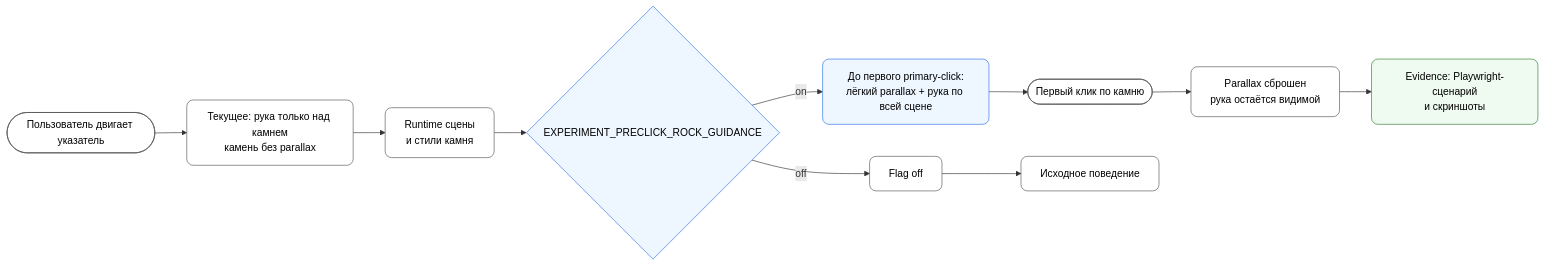
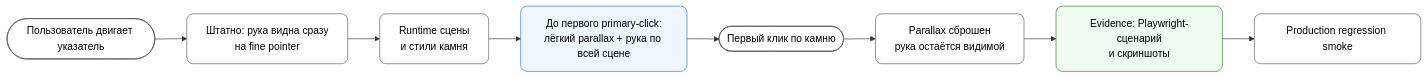
The diagram in .docs/hotfixes/hotfix_2026-08-06_10-59_preclick-rock-guidance/visualization/preclick-rock-guidance.mmd (EvaDugina/Sisyphus-The-Czar), drawn with Mermaid before and after one commit. The commit also changed 30 other files, not shown here.

```diff
--- a/.docs/hotfixes/hotfix_2026-08-06_10-59_preclick-rock-guidance/visualization/preclick-rock-guidance.mmd
+++ b/.docs/hotfixes/hotfix_2026-08-06_10-59_preclick-rock-guidance/visualization/preclick-rock-guidance.mmd
@@ -1,22 +1,18 @@
 flowchart LR
   u(["Пользователь двигает указатель"])
-  c["Текущее: рука только над камнем<br/>камень без parallax"]
+  c["Штатно: рука видна сразу<br/>на fine pointer"]
   m["Runtime сцены<br/>и стили камня"]
-  f{"EXPERIMENT_PRECLICK_ROCK_GUIDANCE"}
   p["До первого primary-click:<br/>лёгкий parallax + рука по всей сцене"]
   k(["Первый клик по камню"])
   s["Parallax сброшен<br/>рука остаётся видимой"]
   e["Evidence: Playwright-сценарий<br/>и скриншоты"]
-  b["Flag off"]
-  r["Исходное поведение"]
+  r["Production regression smoke"]
 
-  u --> c --> m --> f
-  f -->|on| p --> k --> s --> e
-  f -->|off| b --> r
+  u --> c --> m --> p --> k --> s --> e --> r
 
   classDef card fill:#ffffff,stroke:#555555,color:#000000,rx:10,ry:10;
   classDef accent fill:#eef6ff,stroke:#2f6feb,color:#000000,rx:10,ry:10;
   classDef evidence fill:#effaf1,stroke:#2e7d32,color:#000000,rx:10,ry:10;
-  class u,c,m,k,s,b,r card;
-  class f,p accent;
+  class u,c,m,k,s,r card;
+  class p accent;
   class e evidence;
```
